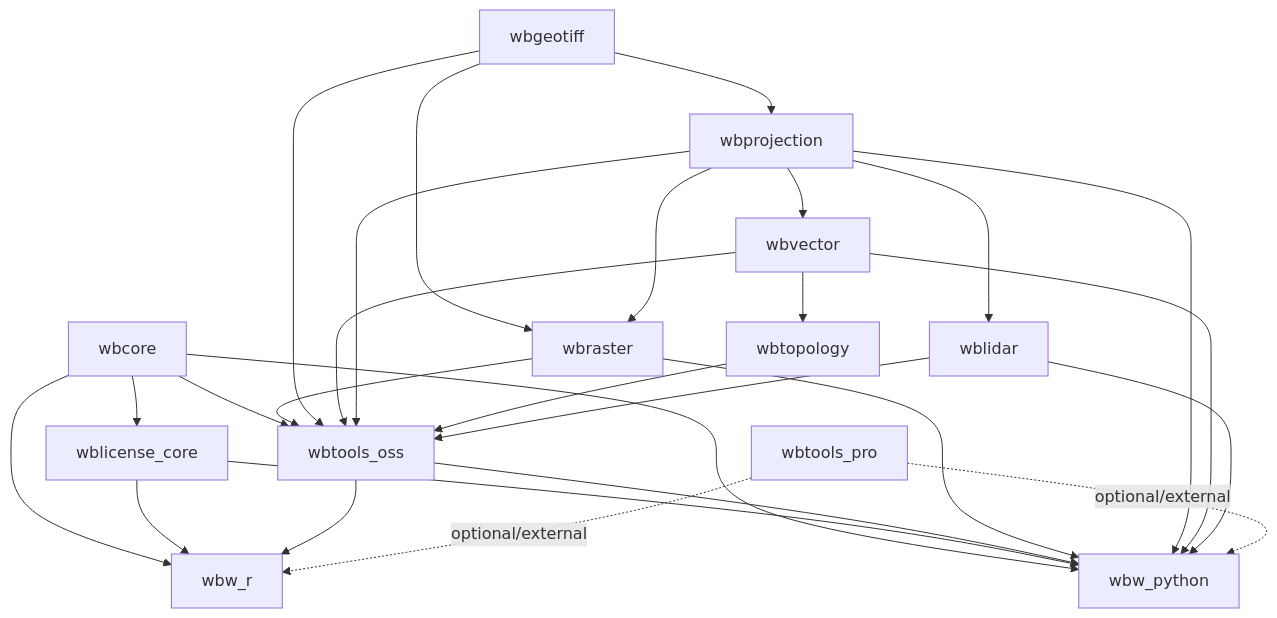
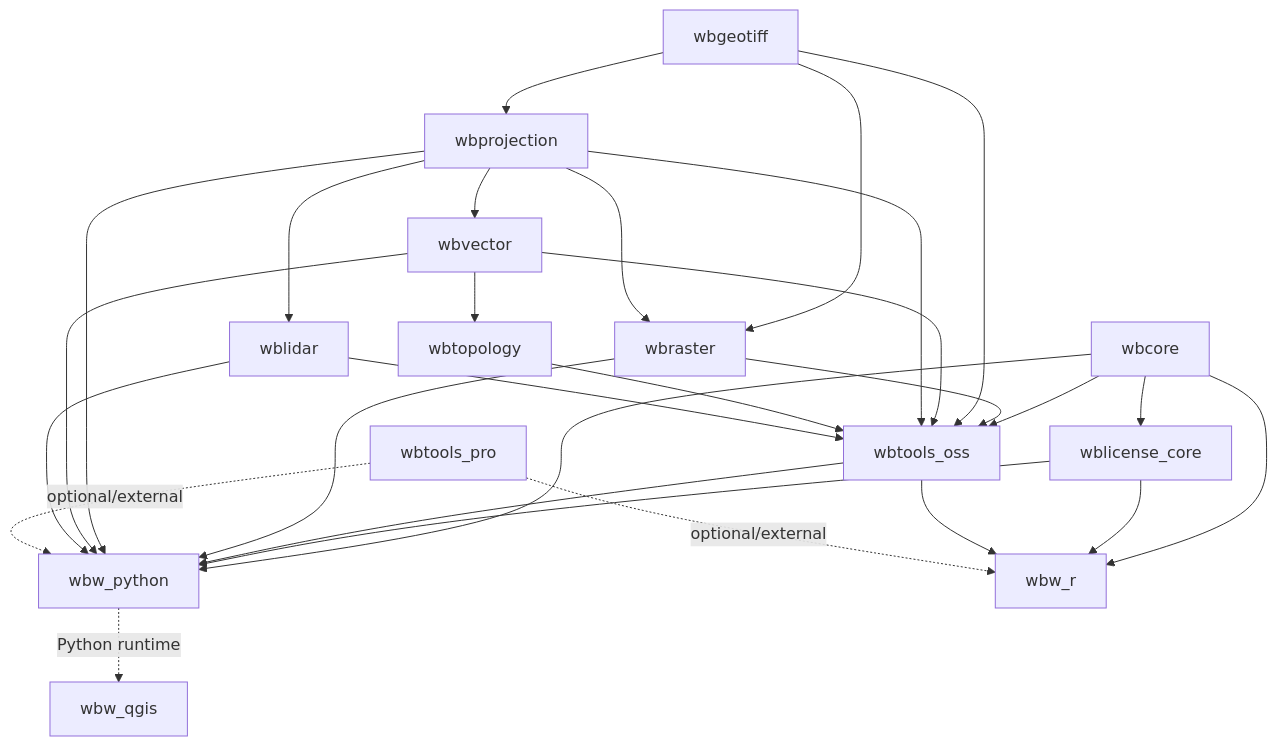
One commit to jblindsay/whitebox_next_gen changed the diagram in README.md. Above: the diagram before and after it, drawn with Mermaid. The commit also changed other lines of this file and 4 other files, not shown here.

````diff
--- a/README.md
+++ b/README.md
@@ -99,34 +107,36 @@
 ```mermaid
 graph TD
 	wbgeotiff --> wbprojection
 	wbgeotiff --> wbraster
 	wbprojection --> wbraster
 	wbprojection --> wbvector
 	wbvector --> wbtopology
 	wbprojection --> wblidar
 
 	wbcore --> wblicense_core
 
 	wbcore --> wbtools_oss
 	wbraster --> wbtools_oss
 	wbgeotiff --> wbtools_oss
 	wbvector --> wbtools_oss
 	wbprojection --> wbtools_oss
 	wbtopology --> wbtools_oss
 	wblidar --> wbtools_oss
 
 	wbcore --> wbw_python
 	wblicense_core --> wbw_python
 	wbtools_oss --> wbw_python
 	wbraster --> wbw_python
 	wbprojection --> wbw_python
 	wbvector --> wbw_python
 	wblidar --> wbw_python
 
 	wbcore --> wbw_r
 	wblicense_core --> wbw_r
 	wbtools_oss --> wbw_r
 
 	wbtools_pro -. optional/external .-> wbw_python
 	wbtools_pro -. optional/external .-> wbw_r
+
+        wbw_python -. Python runtime .-> wbw_qgis
 ```
````
